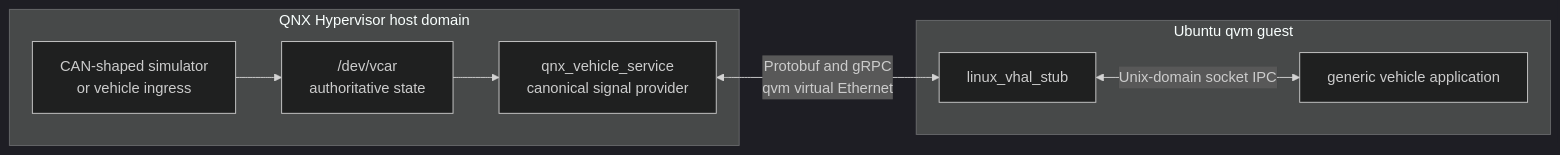
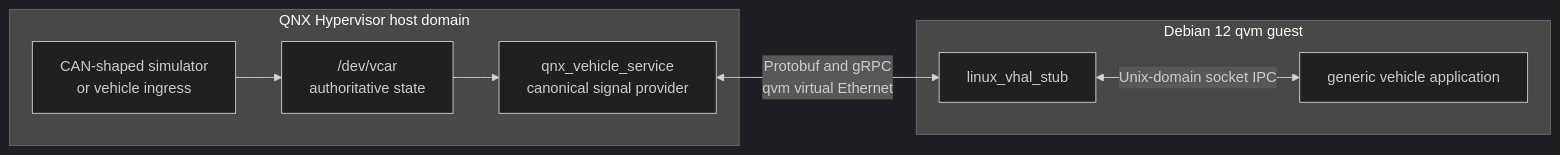
The second of 7 diagrams in README.md (ndravr/android-vhal-linux-mock), drawn with Mermaid (dark theme) before and after one commit. The commit also changed other lines of this file, not shown here.

Commit message:
Update README to reflect changes from Ubuntu to Debian 12 for QVM guest processes

````diff
--- a/README.md
+++ b/README.md
@@ -65,17 +65,17 @@
 ```mermaid
 flowchart LR
     subgraph QNX["QNX Hypervisor host domain"]
         INPUT["CAN-shaped simulator<br/>or vehicle ingress"]
         VCAR["/dev/vcar<br/>authoritative state"]
         QSVC["qnx_vehicle_service<br/>canonical signal provider"]
         INPUT --> VCAR --> QSVC
     end
 
-    subgraph VM["Ubuntu qvm guest"]
+    subgraph VM["Debian 12 qvm guest"]
         VHAL["linux_vhal_stub"]
         APP["generic vehicle application"]
         VHAL <-->|Unix-domain socket IPC| APP
     end
 
     QSVC <-->|Protobuf and gRPC<br/>qvm virtual Ethernet| VHAL
 ```
````
